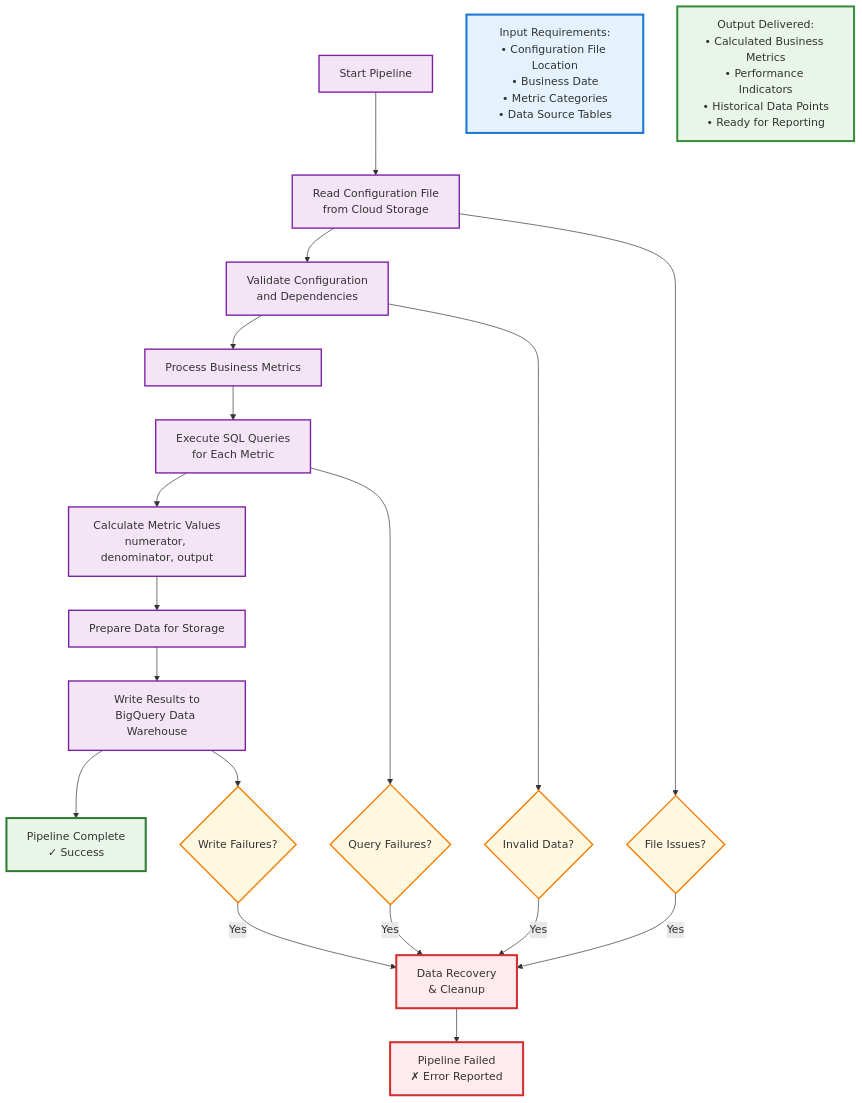
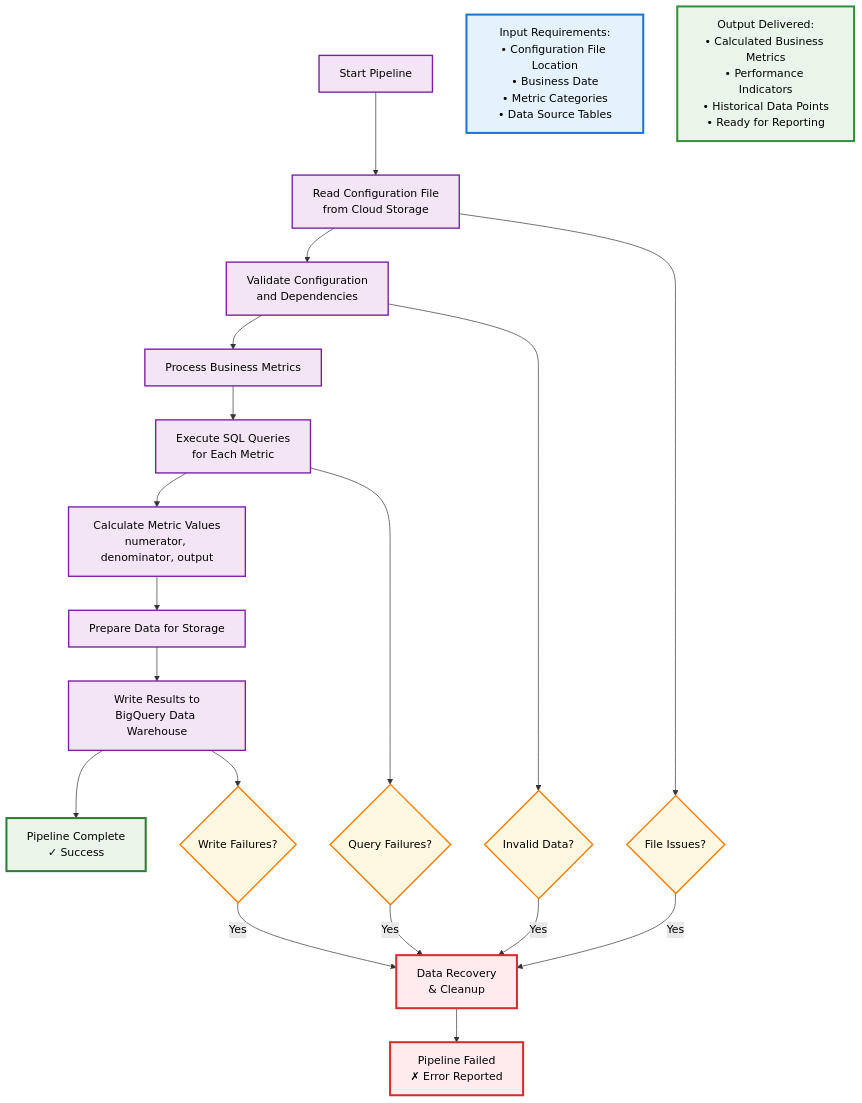
One commit to therohanpatell/rohan-repo changed the diagram in metrics_pipeline/pipeline.md. Above: the diagram before and after it, drawn with Mermaid.

````diff
--- a/metrics_pipeline/pipeline.md
+++ b/metrics_pipeline/pipeline.md
@@ -1,45 +1,47 @@
 ```mermaid
+%%{ init: { "theme": "default", "themeVariables": { "fontSize": "16px", "fontFamily": "Arial", "primaryColor": "#ffffff", "primaryTextColor": "#000000", "tertiaryTextColor": "#000000", "textColor": "#000000" } } }%%
+
 graph TD
     A[Start Pipeline] --> B[Read Configuration File<br/>from Cloud Storage]
     B --> C[Validate Configuration<br/>and Dependencies]
     C --> D[Process Business Metrics]
     
     D --> E[Execute SQL Queries<br/>for Each Metric]
     E --> F[Calculate Metric Values<br/>numerator, denominator, output]
     F --> G[Prepare Data for Storage]
     
     G --> H[Write Results to<br/>BigQuery Data Warehouse]
     H --> I[Pipeline Complete<br/>✓ Success]
     
     %% Error Path
     B --> J{File Issues?}
     C --> K{Invalid Data?}
     E --> L{Query Failures?}
     H --> M{Write Failures?}
     
     J -->|Yes| N[Data Recovery<br/>& Cleanup]
     K -->|Yes| N
     L -->|Yes| N
     M -->|Yes| N
     
     N --> O[Pipeline Failed<br/>✗ Error Reported]
     
     %% Input/Output Boxes
     INPUT[Input Requirements:<br/>• Configuration File Location<br/>• Business Date<br/>• Metric Categories<br/>• Data Source Tables]
     OUTPUT[Output Delivered:<br/>• Calculated Business Metrics<br/>• Performance Indicators<br/>• Historical Data Points<br/>• Ready for Reporting]
     
     %% Styling
     classDef inputStyle fill:#e3f2fd,stroke:#1976d2,stroke-width:3px
     classDef outputStyle fill:#e8f5e8,stroke:#388e3c,stroke-width:3px
     classDef processStyle fill:#f3e5f5,stroke:#7b1fa2,stroke-width:2px
     classDef successStyle fill:#e8f5e8,stroke:#2e7d32,stroke-width:3px
     classDef errorStyle fill:#ffebee,stroke:#d32f2f,stroke-width:3px
     classDef decisionStyle fill:#fff8e1,stroke:#f57c00,stroke-width:2px
     
     class INPUT inputStyle
     class OUTPUT outputStyle
     class A,B,C,D,E,F,G,H processStyle
     class I successStyle
     class N,O errorStyle
     class J,K,L,M decisionStyle
 ```
````
